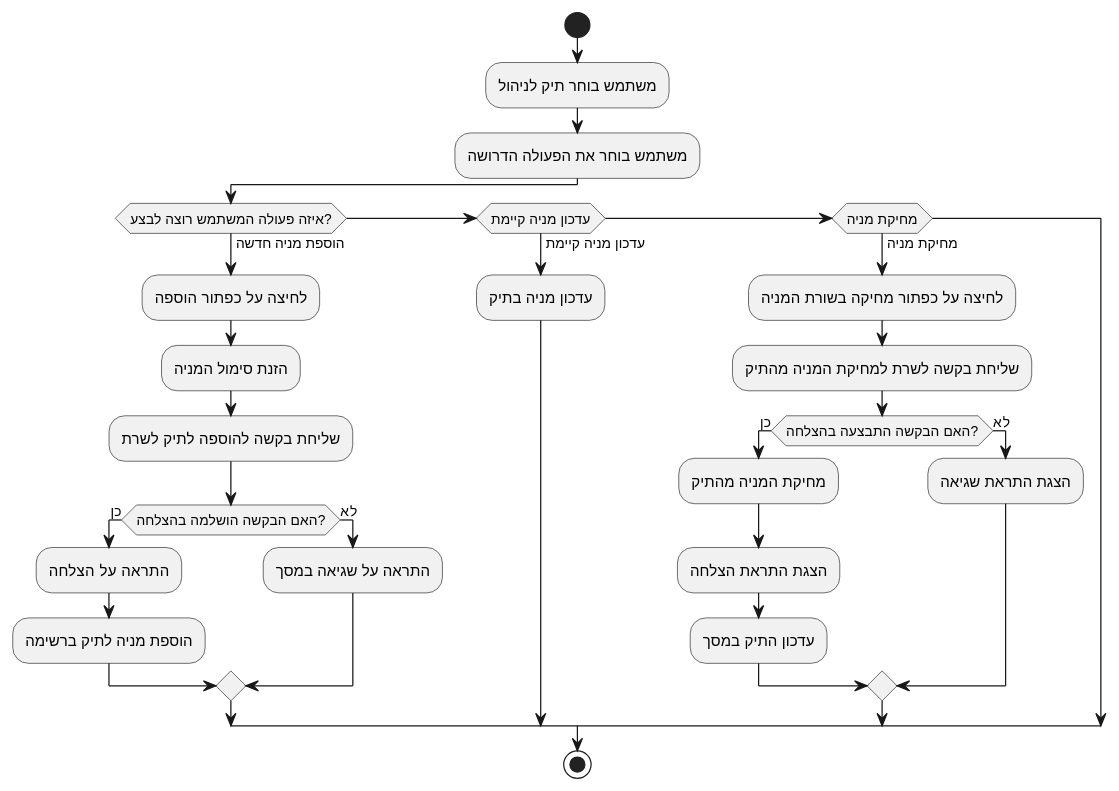
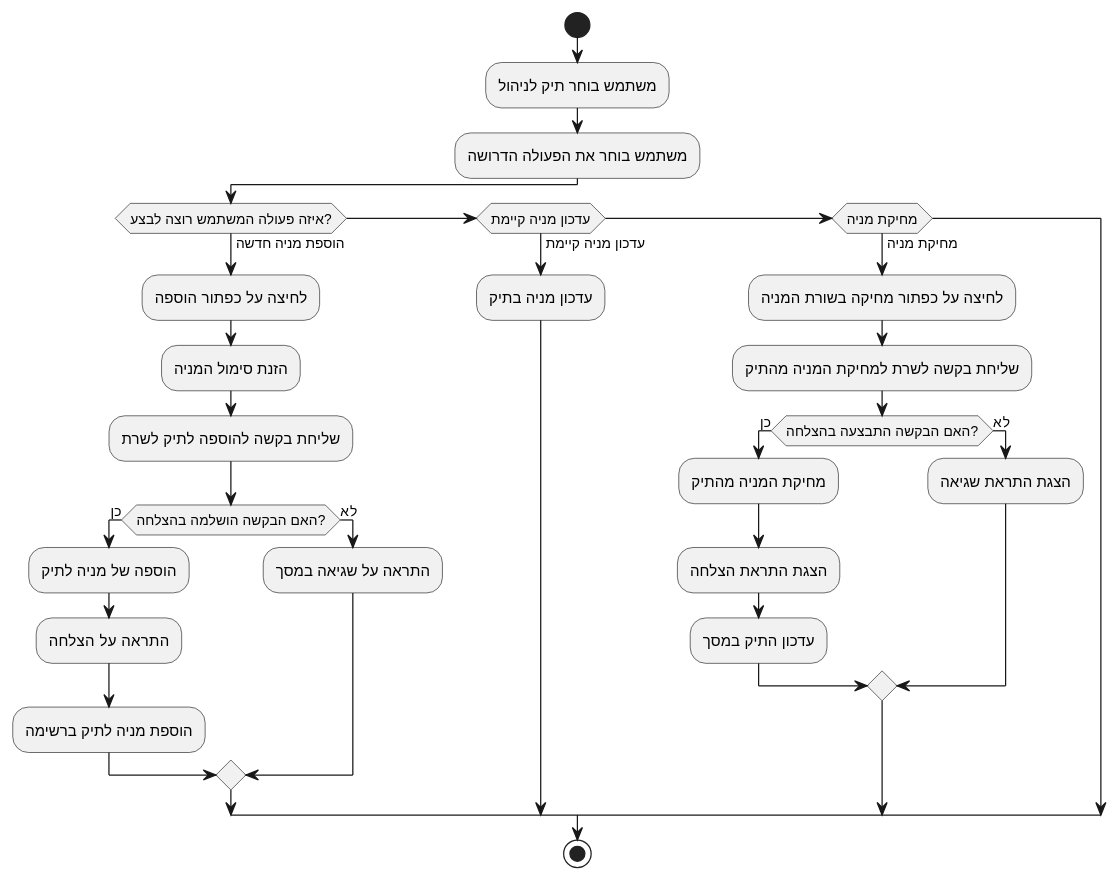
Before and after one commit to roei910/my-stocks: the diagram in oop course/draws/activity/ portfolioManagement.puml, drawn with PlantUML. The commit also changed 4 other files, not shown here.

```diff
--- a/oop course/draws/activity/ portfolioManagement.puml
+++ b/oop course/draws/activity/ portfolioManagement.puml
@@ -1,32 +1,33 @@
 @startuml
 start
 
 :משתמש בוחר תיק לניהול;
 :משתמש בוחר את הפעולה הדרושה;
 
 if (איזה פעולה המשתמש רוצה לבצע?) then (הוספת מניה חדשה)
     :לחיצה על כפתור הוספה;
     :הזנת סימול המניה;
     :שליחת בקשה להוספה לתיק לשרת;
     if (האם הבקשה הושלמה בהצלחה?) then (כן)
+        :הוספה של מניה לתיק;
         :התראה על הצלחה;
         :הוספת מניה לתיק ברשימה;
     else (לא)
         :התראה על שגיאה במסך;
     endif
 else if (עדכון מניה קיימת) then (עדכון מניה קיימת)
     :עדכון מניה בתיק;
 else if (מחיקת מניה) then (מחיקת מניה)
     :לחיצה על כפתור מחיקה בשורת המניה;
     :שליחת בקשה לשרת למחיקת המניה מהתיק;
     if (האם הבקשה התבצעה בהצלחה?) then (כן)
         :מחיקת המניה מהתיק;
         :הצגת התראת הצלחה;
         :עדכון התיק במסך;
     else (לא)
         :הצגת התראת שגיאה;
     endif
 endif
 
 stop
 @enduml
```
